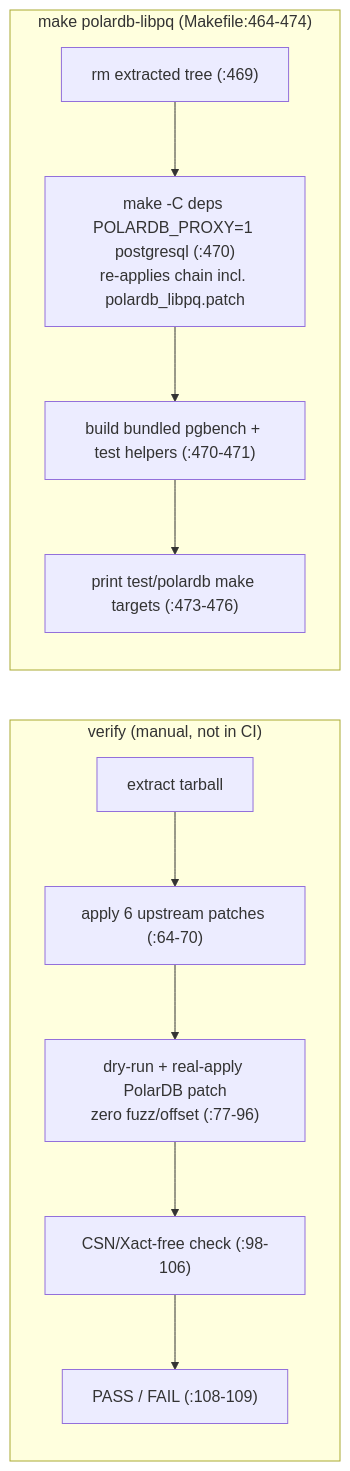
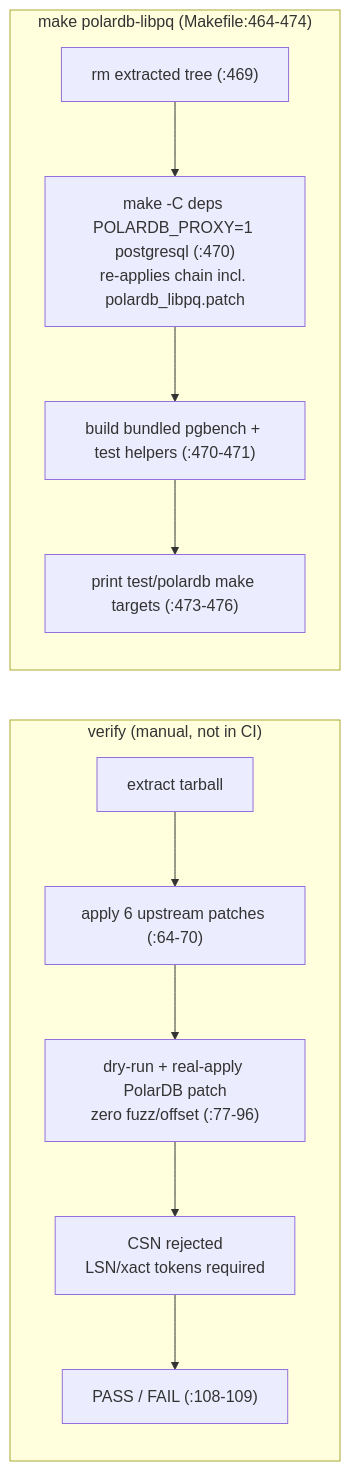
The fourth of 4 diagrams in doc/polardb-arch/02-BUILD-TOGGLE-AND-LIBPQ.md (awide-labs/polar-proxy), drawn with Mermaid before and after one commit. The commit also changed other lines of this file and 21 other files, not shown here.

````diff
--- a/doc/polardb-arch/02-BUILD-TOGGLE-AND-LIBPQ.md
+++ b/doc/polardb-arch/02-BUILD-TOGGLE-AND-LIBPQ.md
@@ -491,14 +534,14 @@
 ```mermaid
 flowchart LR
   subgraph V["verify (manual, not in CI)"]
     V1["extract tarball"] --> V2["apply 6 upstream patches (:64-70)"]
     V2 --> V3["dry-run + real-apply PolarDB patch<br/>zero fuzz/offset (:77-96)"]
-    V3 --> V4["CSN/Xact-free check (:98-106)"]
+    V3 --> V4["CSN rejected<br/>LSN/xact tokens required"]
     V4 --> V5["PASS / FAIL (:108-109)"]
   end
   subgraph R["make polardb-libpq (Makefile:464-474)"]
     R1["rm extracted tree (:469)"] --> R2["make -C deps POLARDB_PROXY=1 postgresql (:470)<br/>re-applies chain incl. polardb_libpq.patch"]
     R2 --> R3["build bundled pgbench + test helpers (:470-471)"]
     R3 --> R4["print test/polardb make targets (:473-476)"]
   end
 ```
````
